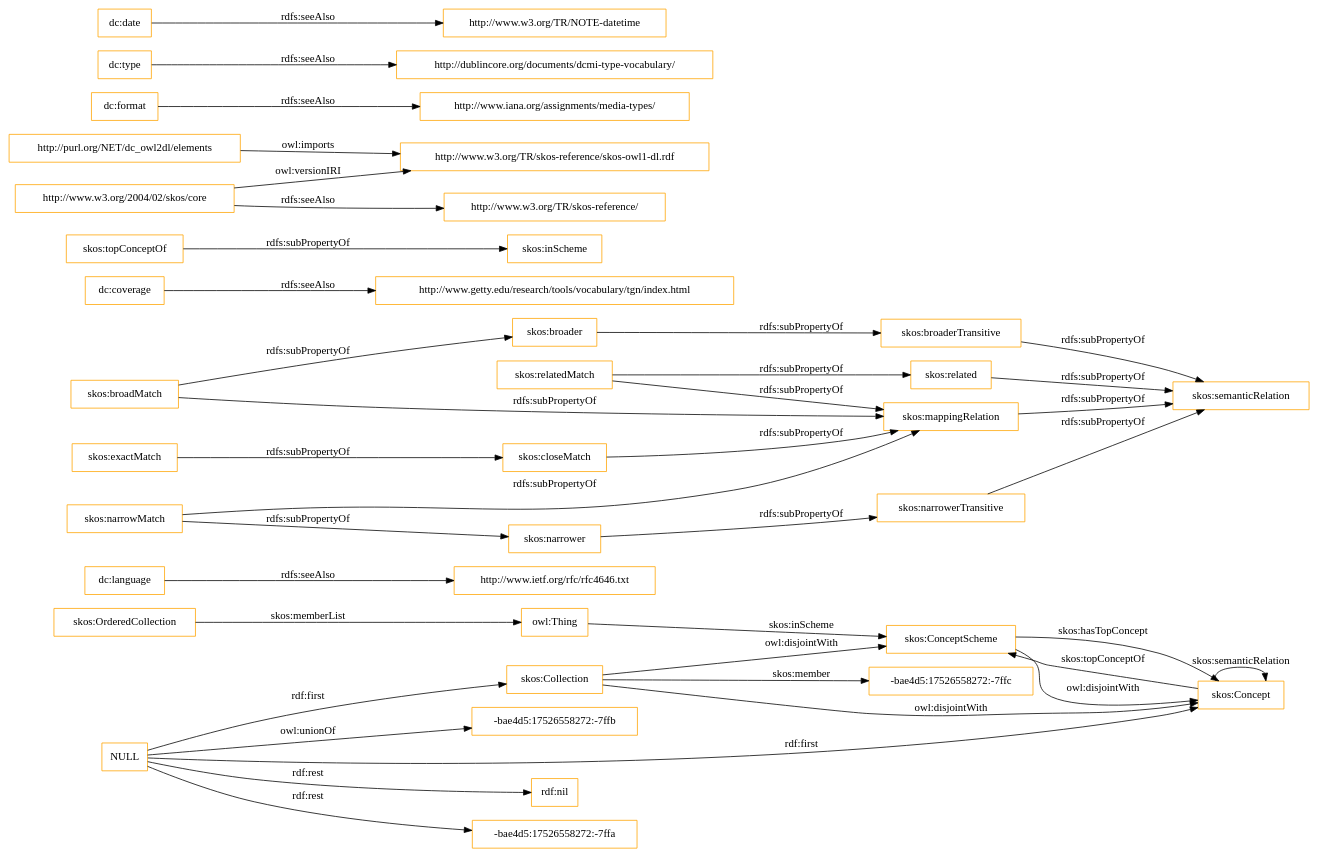
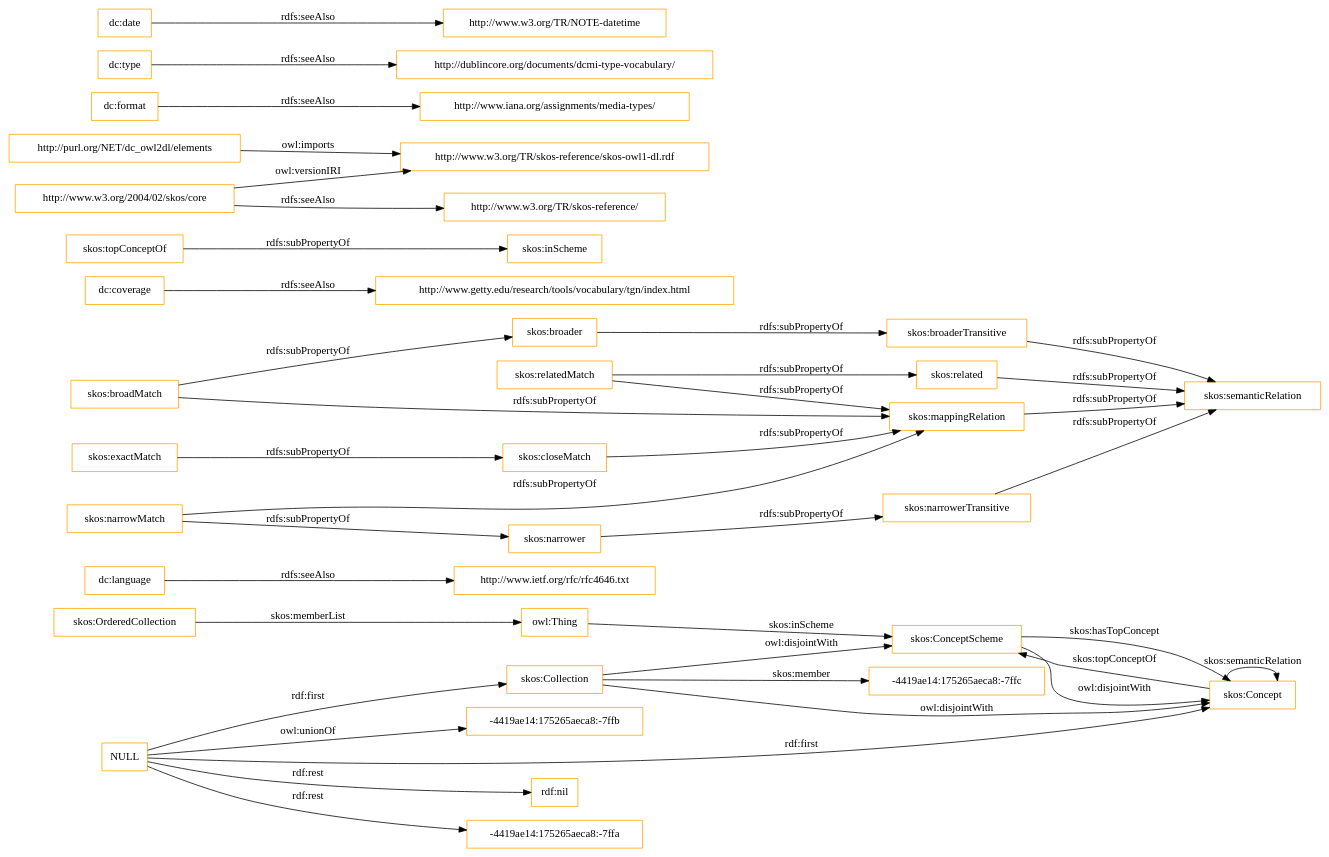
Before and after one commit to OnToologyUser/core-ontology-1: the diagram in OnToology/imports/elements.owl/diagrams/ar2dtool-class/elements.owl.png.dot, drawn with Graphviz. The commit also changed 14 other files, not shown here.

```diff
--- a/OnToology/imports/elements.owl/diagrams/ar2dtool-class/elements.owl.png.dot
+++ b/OnToology/imports/elements.owl/diagrams/ar2dtool-class/elements.owl.png.dot
@@ -1,43 +1,43 @@
 digraph ar2dtool_diagram { 
 rankdir=LR;
 size="1501"
-node [shape = rectangle, color="orange"]; "-bae4d5:17526558272:-7ffc" "skos:OrderedCollection" "skos:Collection" "skos:ConceptScheme" "skos:Concept" ; /*classes style*/
+node [shape = rectangle, color="orange"]; "-4419ae14:175265aeca8:-7ffc" "skos:OrderedCollection" "skos:Collection" "skos:ConceptScheme" "skos:Concept" ; /*classes style*/
 	"dc:language" -> "http://www.ietf.org/rfc/rfc4646.txt" [ label = "rdfs:seeAlso" ];
 	"NULL" -> "rdf:nil" [ label = "rdf:rest" ];
 	"NULL" -> "skos:Collection" [ label = "rdf:first" ];
-	"NULL" -> "-bae4d5:17526558272:-7ffa" [ label = "rdf:rest" ];
+	"NULL" -> "-4419ae14:175265aeca8:-7ffa" [ label = "rdf:rest" ];
 	"NULL" -> "skos:Concept" [ label = "rdf:first" ];
-	"NULL" -> "-bae4d5:17526558272:-7ffb" [ label = "owl:unionOf" ];
+	"NULL" -> "-4419ae14:175265aeca8:-7ffb" [ label = "owl:unionOf" ];
 	"skos:closeMatch" -> "skos:mappingRelation" [ label = "rdfs:subPropertyOf" ];
 	"dc:coverage" -> "http://www.getty.edu/research/tools/vocabulary/tgn/index.html" [ label = "rdfs:seeAlso" ];
 	"skos:relatedMatch" -> "skos:related" [ label = "rdfs:subPropertyOf" ];
 	"skos:relatedMatch" -> "skos:mappingRelation" [ label = "rdfs:subPropertyOf" ];
 	"skos:ConceptScheme" -> "skos:Concept" [ label = "owl:disjointWith" ];
 	"skos:related" -> "skos:semanticRelation" [ label = "rdfs:subPropertyOf" ];
 	"skos:topConceptOf" -> "skos:inScheme" [ label = "rdfs:subPropertyOf" ];
 	"skos:broadMatch" -> "skos:broader" [ label = "rdfs:subPropertyOf" ];
 	"skos:broadMatch" -> "skos:mappingRelation" [ label = "rdfs:subPropertyOf" ];
 	"http://purl.org/NET/dc_owl2dl/elements" -> "http://www.w3.org/TR/skos-reference/skos-owl1-dl.rdf" [ label = "owl:imports" ];
 	"skos:exactMatch" -> "skos:closeMatch" [ label = "rdfs:subPropertyOf" ];
 	"dc:format" -> "http://www.iana.org/assignments/media-types/" [ label = "rdfs:seeAlso" ];
 	"skos:broaderTransitive" -> "skos:semanticRelation" [ label = "rdfs:subPropertyOf" ];
 	"dc:type" -> "http://dublincore.org/documents/dcmi-type-vocabulary/" [ label = "rdfs:seeAlso" ];
 	"skos:broader" -> "skos:broaderTransitive" [ label = "rdfs:subPropertyOf" ];
 	"skos:mappingRelation" -> "skos:semanticRelation" [ label = "rdfs:subPropertyOf" ];
 	"http://www.w3.org/2004/02/skos/core" -> "http://www.w3.org/TR/skos-reference/skos-owl1-dl.rdf" [ label = "owl:versionIRI" ];
 	"http://www.w3.org/2004/02/skos/core" -> "http://www.w3.org/TR/skos-reference/" [ label = "rdfs:seeAlso" ];
 	"skos:Collection" -> "skos:ConceptScheme" [ label = "owl:disjointWith" ];
 	"skos:Collection" -> "skos:Concept" [ label = "owl:disjointWith" ];
 	"skos:narrowMatch" -> "skos:narrower" [ label = "rdfs:subPropertyOf" ];
 	"skos:narrowMatch" -> "skos:mappingRelation" [ label = "rdfs:subPropertyOf" ];
 	"skos:narrower" -> "skos:narrowerTransitive" [ label = "rdfs:subPropertyOf" ];
 	"dc:date" -> "http://www.w3.org/TR/NOTE-datetime" [ label = "rdfs:seeAlso" ];
 	"skos:narrowerTransitive" -> "skos:semanticRelation" [ label = "rdfs:subPropertyOf" ];
 	"skos:OrderedCollection" -> "owl:Thing" [ label = "skos:memberList" ];
 	"skos:Concept" -> "skos:ConceptScheme" [ label = "skos:topConceptOf" ];
 	"skos:Concept" -> "skos:Concept" [ label = "skos:semanticRelation" ];
-	"skos:Collection" -> "-bae4d5:17526558272:-7ffc" [ label = "skos:member" ];
+	"skos:Collection" -> "-4419ae14:175265aeca8:-7ffc" [ label = "skos:member" ];
 	"skos:ConceptScheme" -> "skos:Concept" [ label = "skos:hasTopConcept" ];
 	"owl:Thing" -> "skos:ConceptScheme" [ label = "skos:inScheme" ];
 
 }
```
